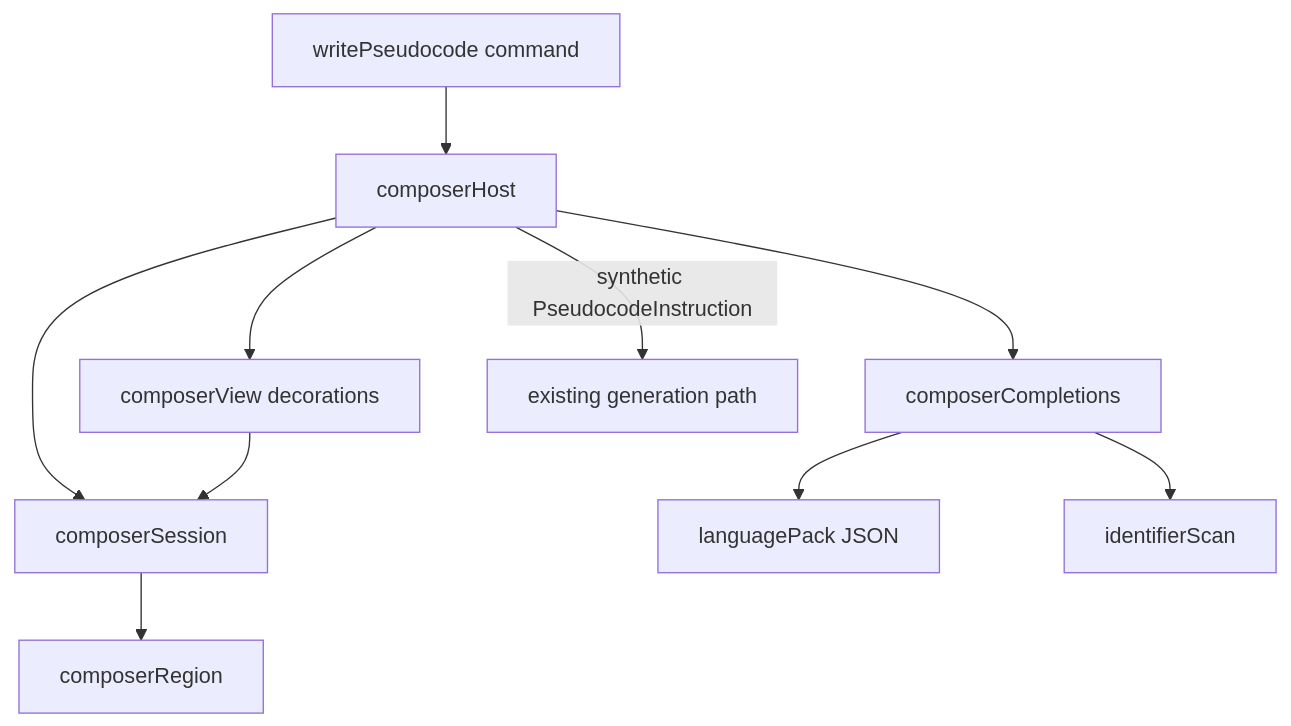
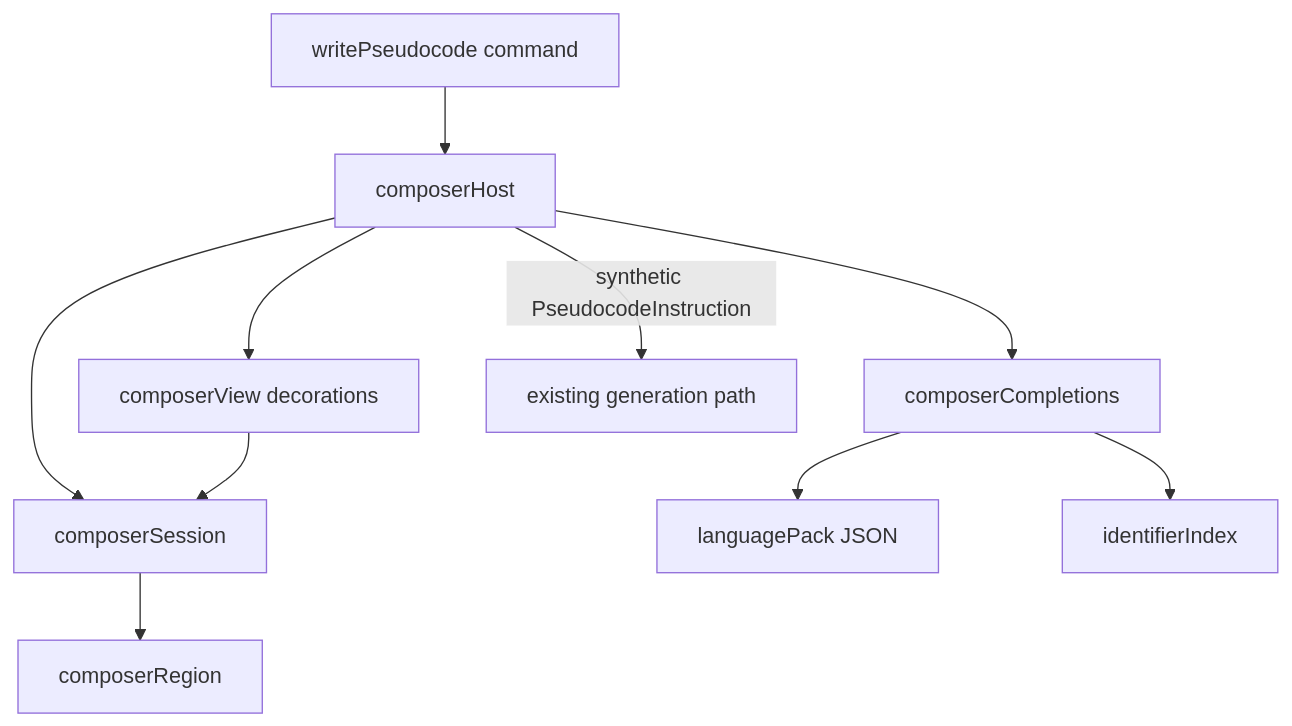
One commit to sutigit/pseudini changed the diagram in docs/inline-composer.md. Above: the diagram before and after it, drawn with Mermaid. The commit also changed other lines of this file and 11 other files, not shown here.

````diff
--- a/docs/inline-composer.md
+++ b/docs/inline-composer.md
@@ -65,21 +65,21 @@
 ```mermaid
 flowchart TD
   cmd[writePseudocode command]
   host[composerHost]
   session[composerSession]
   region[composerRegion]
   packs[languagePack JSON]
-  suggest[identifierScan]
+  suggest[identifierIndex]
   view[composerView decorations]
   complete[composerCompletions]
   gen[existing generation path]
   cmd --> host
   host --> session
   host --> view
   host --> complete
   session --> region
   complete --> packs
   complete --> suggest
   view --> session
   host -->|"synthetic PseudocodeInstruction"| gen
 ```
````
